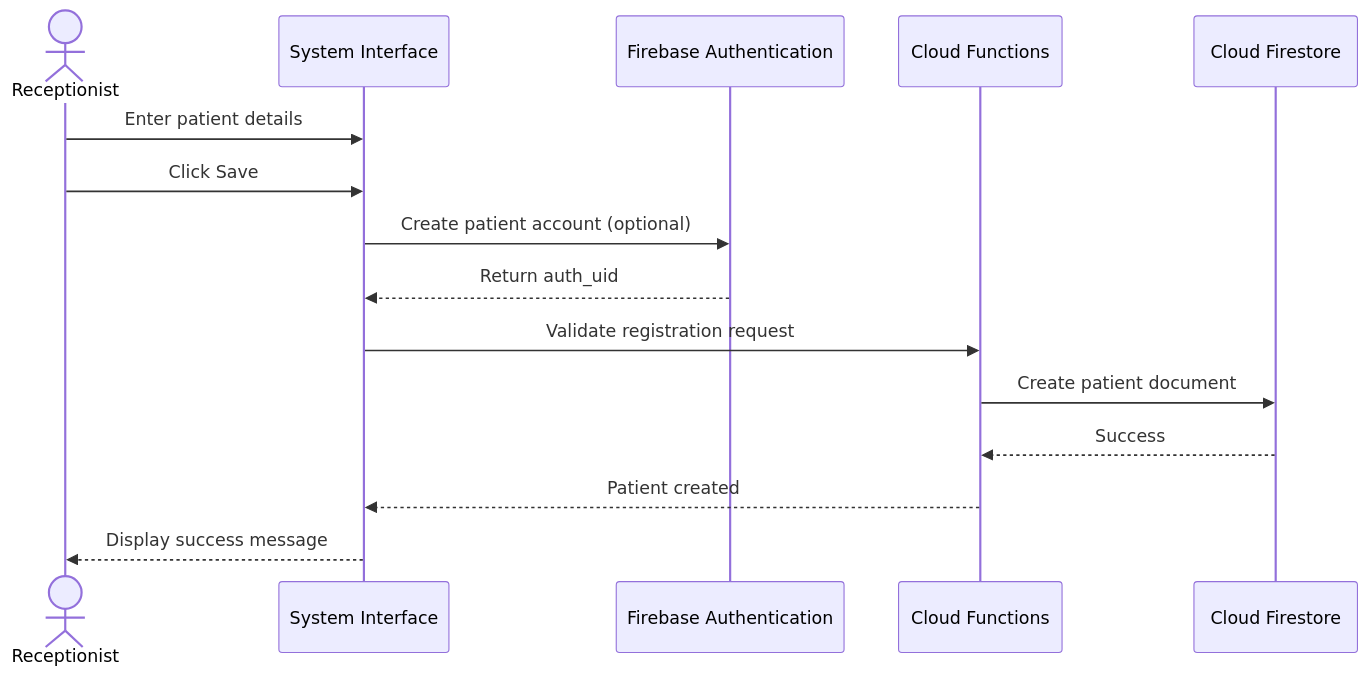
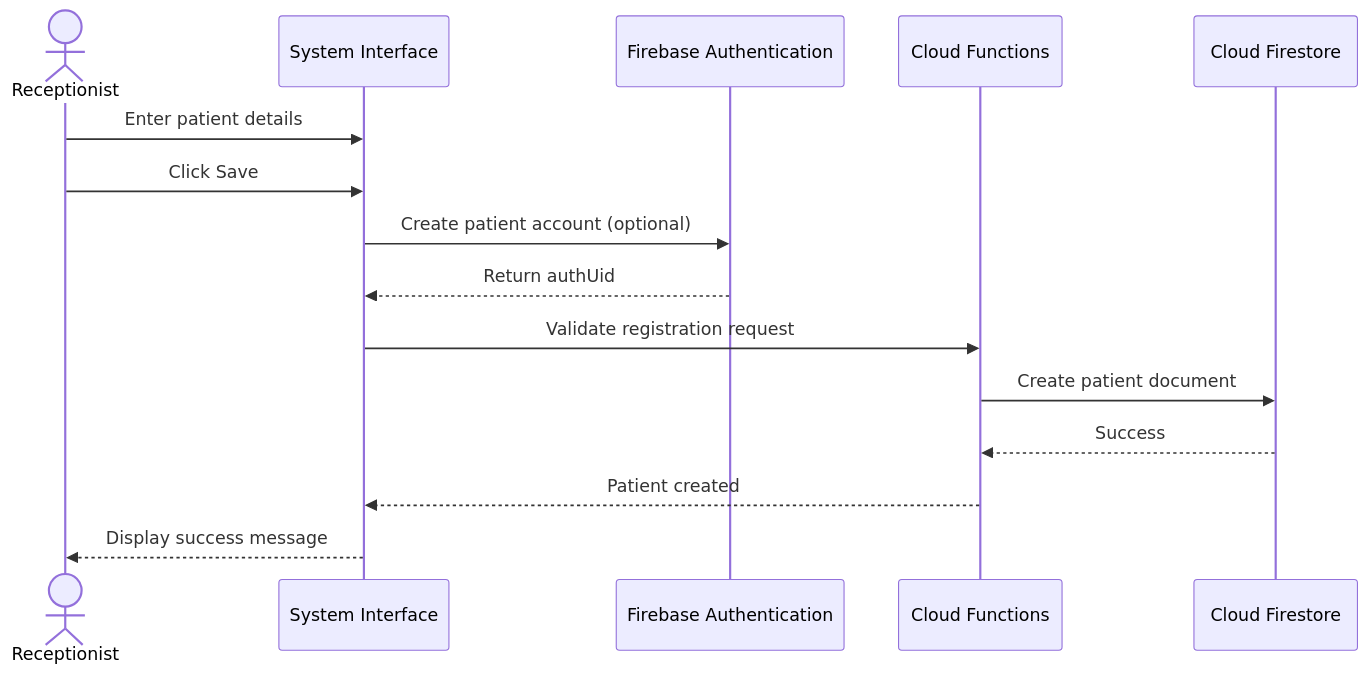
One commit to tho-fo/Patient-Management-System changed the second of 9 diagrams in docs/UML DIAGRAM DOCUMENTATION (11).md. Above: the diagram before and after it, drawn with Mermaid. The commit also changed other lines of this file and 26 other files, not shown here.

````diff
--- a/docs/UML DIAGRAM DOCUMENTATION (11).md
+++ b/docs/UML DIAGRAM DOCUMENTATION (11).md
@@ -192,18 +192,18 @@
 ```mermaid
 sequenceDiagram
    actor Receptionist
    participant UI as System Interface
    participant AUTH as Firebase Authentication
    participant FUNC as Cloud Functions
    participant FS as Cloud Firestore
 
    Receptionist->>UI: Enter patient details
    Receptionist->>UI: Click Save
    UI->>AUTH: Create patient account (optional)
-   AUTH-->>UI: Return auth_uid
+   AUTH-->>UI: Return authUid
    UI->>FUNC: Validate registration request
    FUNC->>FS: Create patient document
    FS-->>FUNC: Success
    FUNC-->>UI: Patient created
    UI-->>Receptionist: Display success message
 ```
````
